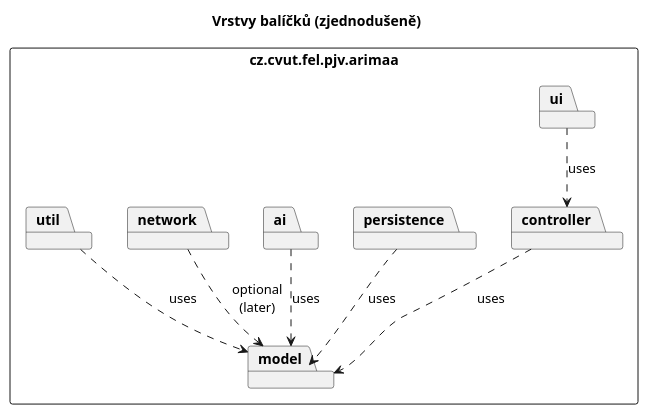
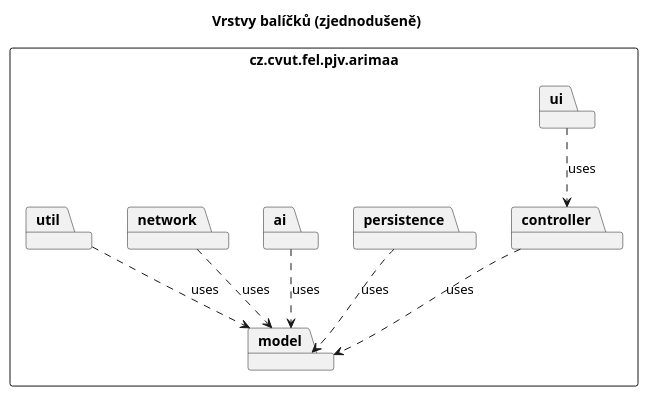
The diagram in Dokumentace/puml/package-structure.puml (vladimirzubkov/sem-pjv-arimaa), drawn with PlantUML before and after one commit. The commit also changed 5 other files, not shown here.

First line of the commit message:
Technická dokumentace: síťový sequence diagram a úpravy PlantUML.

```diff
--- a/Dokumentace/puml/package-structure.puml
+++ b/Dokumentace/puml/package-structure.puml
@@ -1,22 +1,22 @@
 @startuml package-structure
 skinparam packageStyle rectangle
 title Vrstvy balíčků (zjednodušeně)
 
 package "cz.cvut.fel.pjv.arimaa" as root {
   package ui
   package controller
   package model
   package persistence
   package ai
   package network
   package util
 
   ui ..> controller : uses
   controller ..> model : uses
   persistence ..> model : uses
   ai ..> model : uses
-  network ..> model : optional\n(later)
+  network ..> model : uses
   util ..> model : uses
 }
 
 @enduml
```
